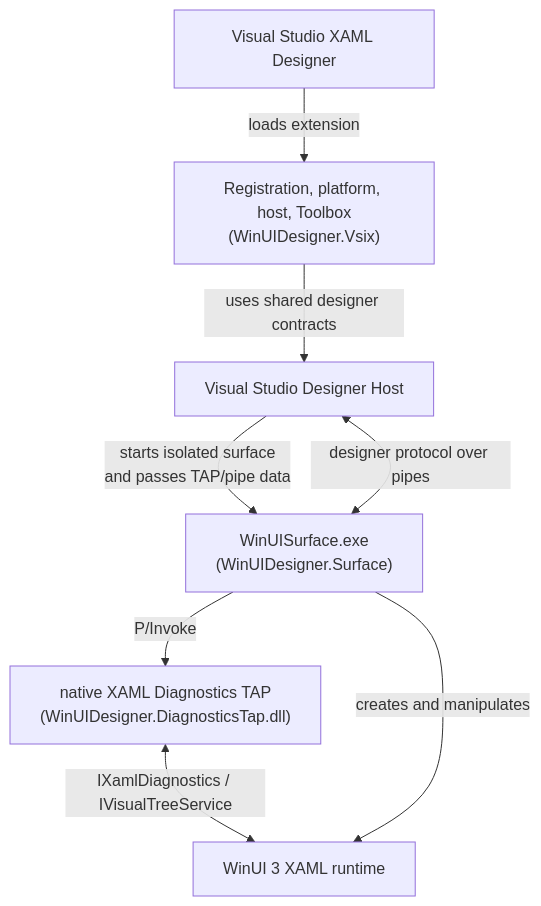
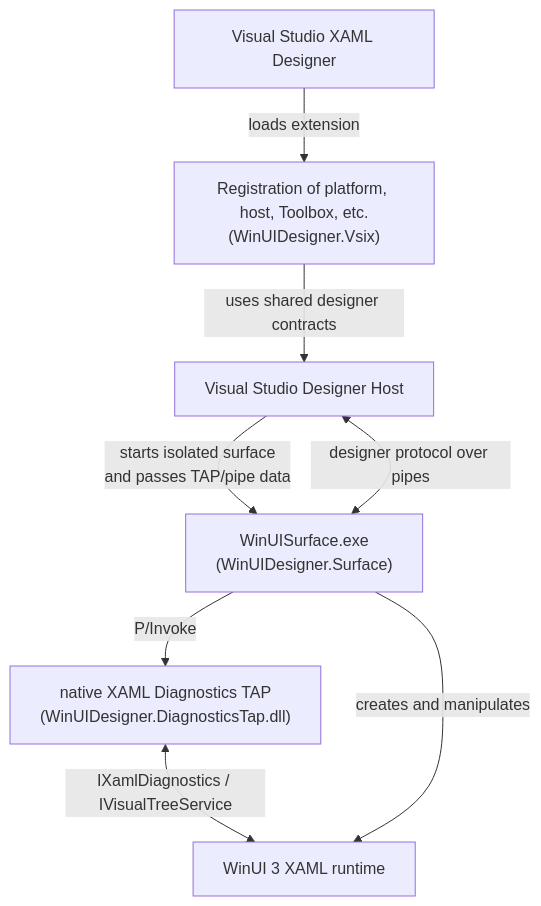
One commit to 0x5bfa/WinUIDesigner changed the diagram in README.md. Above: the diagram before and after it, drawn with Mermaid. The commit also changed 23 other files, not shown here.

````diff
--- a/README.md
+++ b/README.md
@@ -26,10 +26,10 @@
 ```mermaid
 flowchart TB
-    VS[Visual Studio XAML Designer] -->|loads extension| VSIX[Registration, platform, host, Toolbox<br/>&lpar;WinUIDesigner.Vsix&rpar;]
+    VS[Visual Studio XAML Designer] -->|loads extension| VSIX[Registration of platform, host, Toolbox, etc.<br/>&lpar;WinUIDesigner.Vsix&rpar;]
     VSIX -->|uses shared designer contracts| HOST[Visual Studio Designer Host]
     HOST -->|starts isolated surface<br/>and passes TAP/pipe data| SURFACE[WinUISurface.exe<br/>&lpar;WinUIDesigner.Surface&rpar;]
     SURFACE <-->|designer protocol over pipes| HOST
     SURFACE -->|P/Invoke| TAP[native XAML Diagnostics TAP<br/>&lpar;WinUIDesigner.DiagnosticsTap.dll&rpar;]
     TAP <-->|IXamlDiagnostics / IVisualTreeService| XAML[WinUI 3 XAML runtime]
     SURFACE -->|creates and manipulates| XAML
 ```
````
